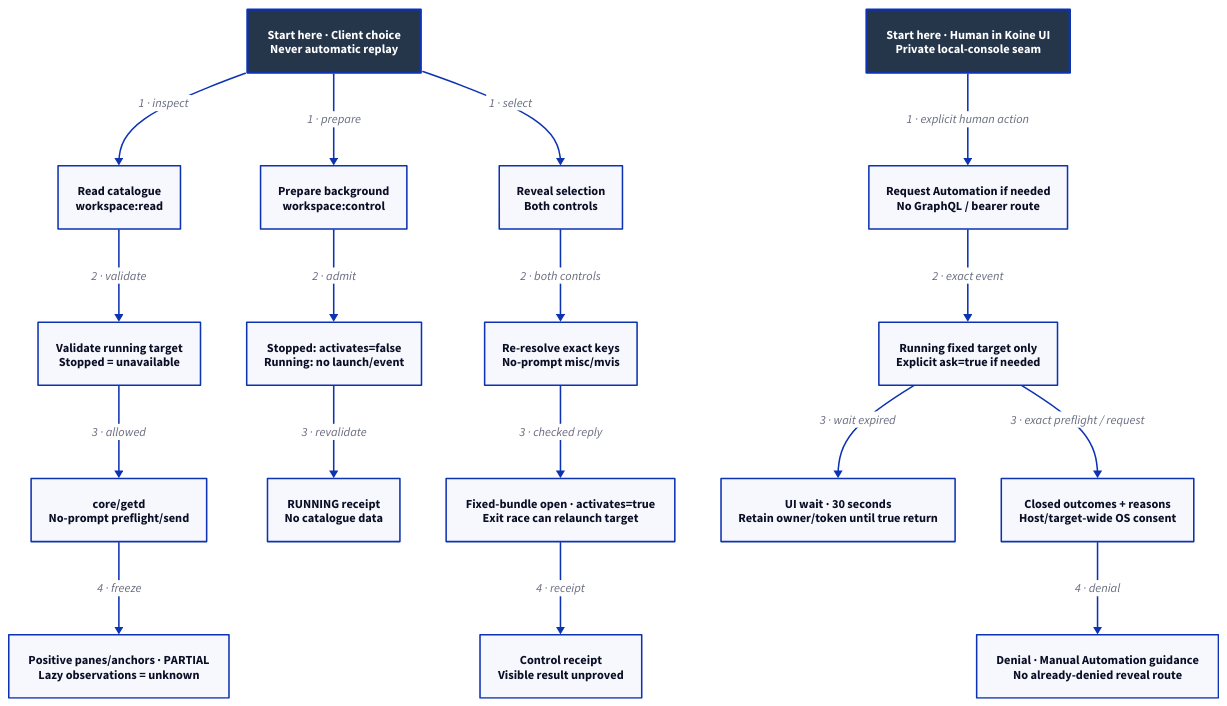
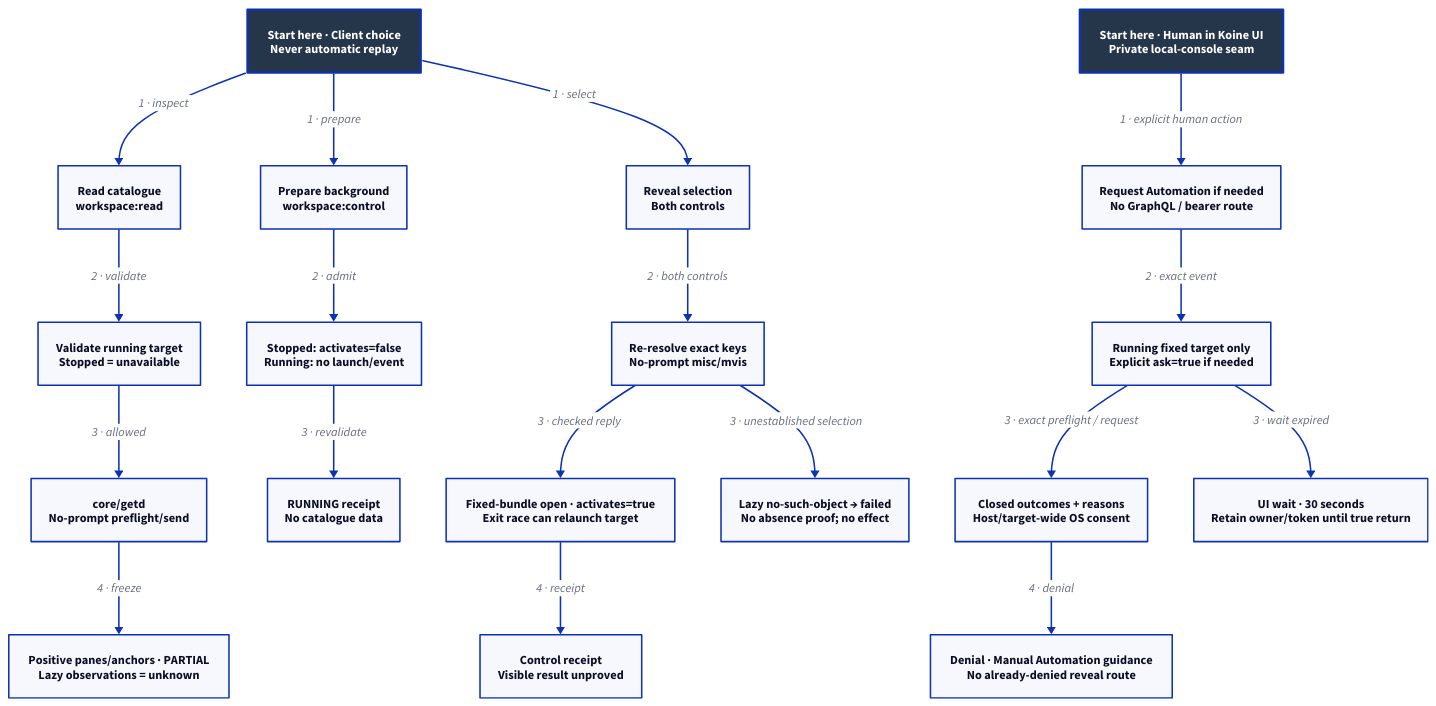
One commit to Linkuistics/Koine changed the diagram in docs/design/architecture/native-settings-flow.d2. Above: the diagram before and after it, drawn with D2. The commit also changed 113 other files, not shown here.

```diff
--- a/docs/design/architecture/native-settings-flow.d2
+++ b/docs/design/architecture/native-settings-flow.d2
@@ -1,39 +1,41 @@
 # Three public choices and one human local-UI action; none invokes another.
 direction: down
 classes: {
   start: {style: {fill: "#25364B"; font-color: "#FFFFFF"; bold: true; stroke-width: 3}}
 }
 Start: "Start here · Client choice\nNever automatic replay" {class: start}
 Read: "Read catalogue\nworkspace:read"
 Prepare: "Prepare background\nworkspace:control"
 UI: "Start here · Human in Koine UI\nPrivate local-console seam" {class: start}
 Setup: "Request Automation if needed\nNo GraphQL / bearer route"
 Reveal: "Reveal selection\nBoth controls"
 Running: "Validate running target\nStopped = unavailable"
 NoPrompt: "core/getd\nNo-prompt preflight/send"
 Values: "Positive panes/anchors · PARTIAL\nLazy observations = unknown"
 Launch: "Stopped: activates=false\nRunning: no launch/event"
 Receipt: "RUNNING receipt\nNo catalogue data"
 Ask: "Running fixed target only\nExplicit ask=true if needed"
 Permission: "Closed outcomes + reasons\nHost/target-wide OS consent"
 Pending: "UI wait · 30 seconds\nRetain owner/token until true return"
 Remedy: "Denial · Manual Automation guidance\nNo already-denied reveal route"
 Select: "Re-resolve exact keys\nNo-prompt misc/mvis"
+Unestablished: "Lazy no-such-object → failed\nNo absence proof; no effect"
 Activation: "Fixed-bundle open · activates=true\nExit race can relaunch target"
 Acknowledgment: "Control receipt\nVisible result unproved"
 Start -> Read: "1 · inspect"
 Read -> Running: "2 · validate"
 Running -> NoPrompt: "3 · allowed"
 NoPrompt -> Values: "4 · freeze"
 Start -> Prepare: "1 · prepare"
 Prepare -> Launch: "2 · admit"
 Launch -> Receipt: "3 · revalidate"
 UI -> Setup: "1 · explicit human action"
 Setup -> Ask: "2 · exact event"
 Ask -> Permission: "3 · exact preflight / request"
 Ask -> Pending: "3 · wait expired"
 Permission -> Remedy: "4 · denial"
 Start -> Reveal: "1 · select"
 Reveal -> Select: "2 · both controls"
 Select -> Activation: "3 · checked reply"
+Select -> Unestablished: "3 · unestablished selection"
 Activation -> Acknowledgment: "4 · receipt"
```
